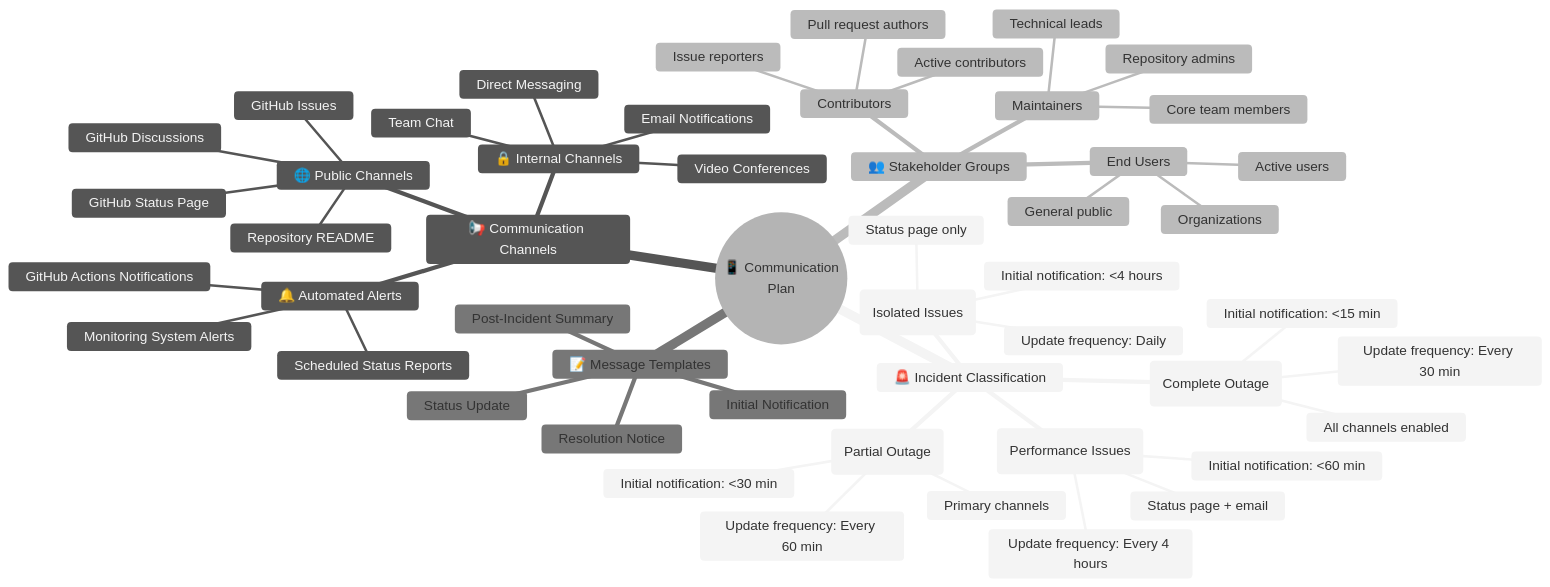
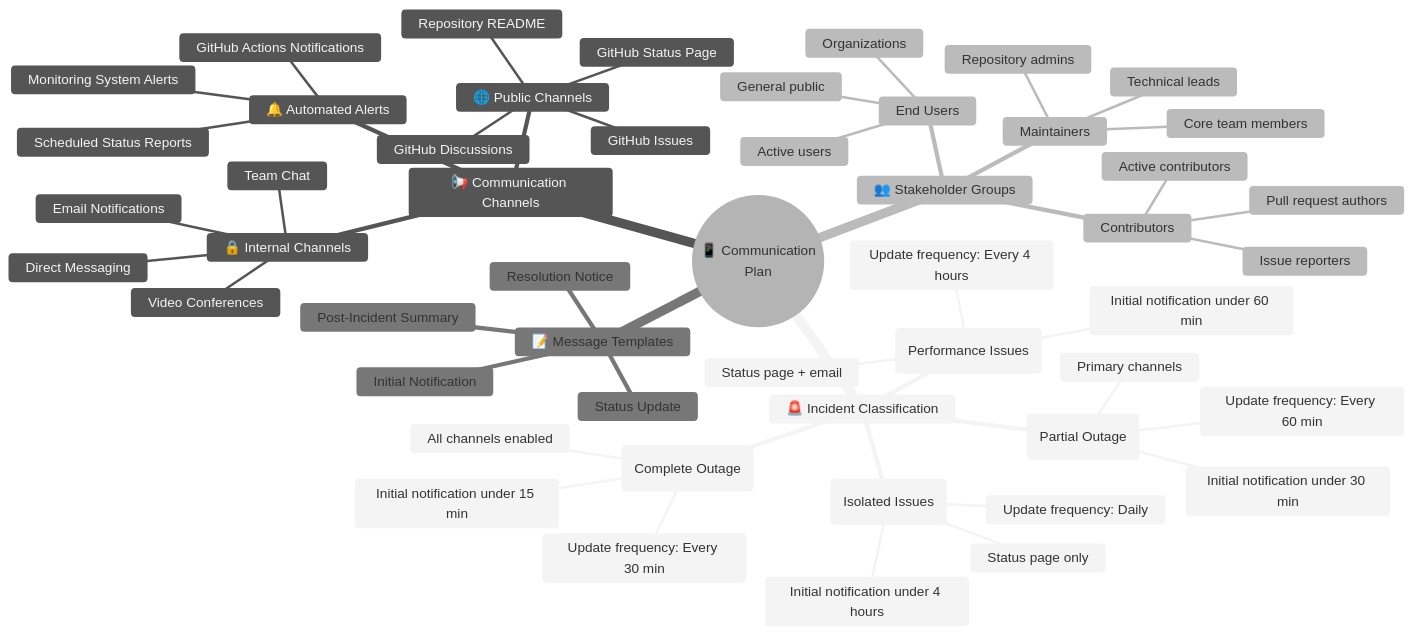
Before and after one commit to Hack23/cia-compliance-manager: diagram 23 of 33 in docs/architecture/BCPPlan.md, drawn with Mermaid (neutral theme). The commit also changed other lines of this file and 18 other files, not shown here.

````diff
--- a/docs/architecture/BCPPlan.md
+++ b/docs/architecture/BCPPlan.md
@@ -904,54 +904,54 @@
 ```mermaid
 mindmap
   root((📱 Communication<br>Plan))
     🚨 Incident Classification
       🔴 Critical (Complete Outage)
-        Initial notification: <15 min
+        Initial notification under 15 min
         Update frequency: Every 30 min
         All channels enabled
       🟠 Major (Partial Outage)
-        Initial notification: <30 min
+        Initial notification under 30 min
         Update frequency: Every 60 min
         Primary channels
       🟡 Moderate (Performance Issues)
-        Initial notification: <60 min
+        Initial notification under 60 min
         Update frequency: Every 4 hours
         Status page + email
       🔵 Minor (Isolated Issues)
-        Initial notification: <4 hours
+        Initial notification under 4 hours
         Update frequency: Daily
         Status page only
     📢 Communication Channels
       🌐 Public Channels
         GitHub Status Page
         Repository README
         GitHub Issues
         GitHub Discussions
       🔒 Internal Channels
         Team Chat
         Email Notifications
         Video Conferences
         Direct Messaging
       🔔 Automated Alerts
         GitHub Actions Notifications
         Monitoring System Alerts
         Scheduled Status Reports
     👥 Stakeholder Groups
       End Users
         General public
         Active users
         Organizations
       Contributors
         Active contributors
         Pull request authors
         Issue reporters
       Maintainers
         Core team members
         Repository admins
         Technical leads
     📝 Message Templates
       Initial Notification
       Status Update
       Resolution Notice
       Post-Incident Summary
 ```
````
